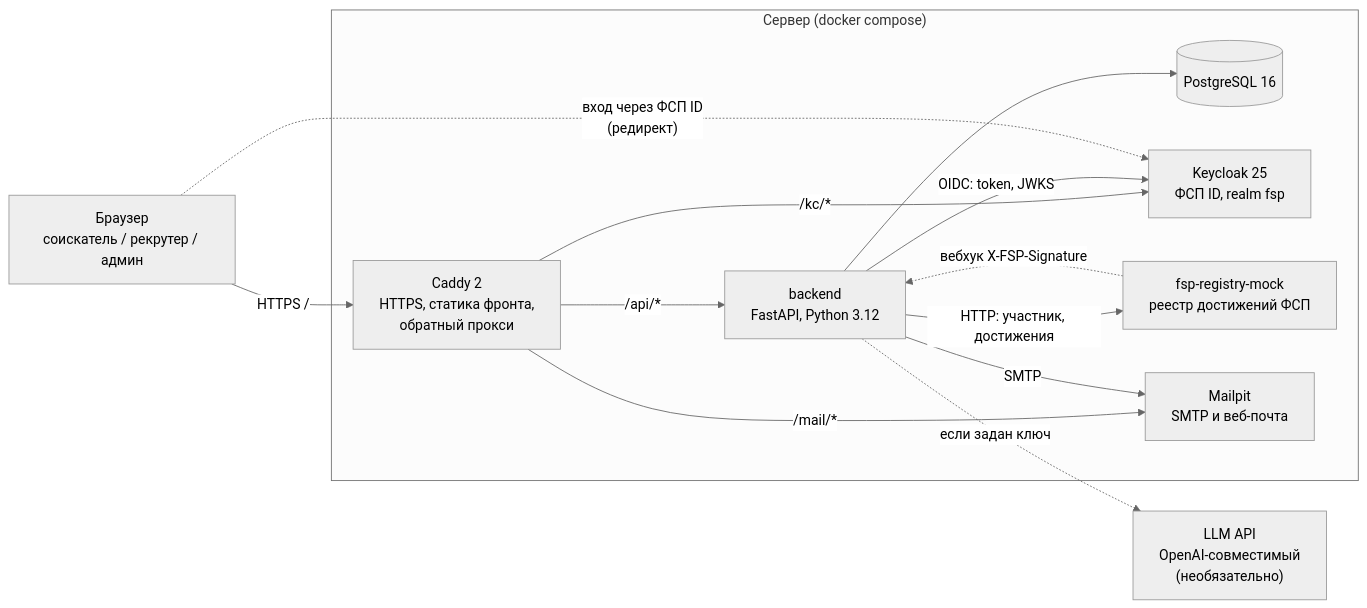
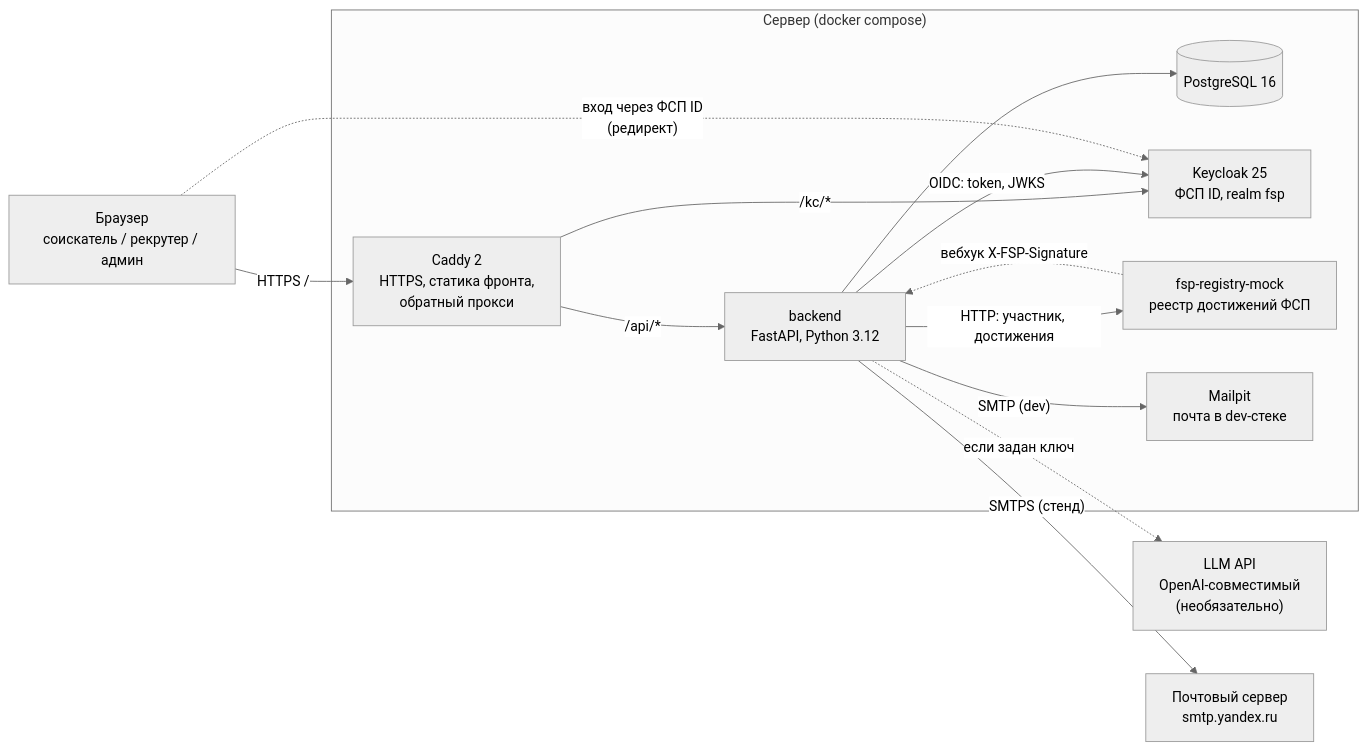
One commit to Vadik145-beep/fsp-talent changed the first of 3 diagrams in docs/solution/01_architecture.md. Above: the diagram before and after it, drawn with Mermaid (neutral theme). The commit also changed other lines of this file and 10 other files, not shown here.

Commit message:
Стенд: настоящая почта вместо Mailpit — SMTP-ящик из .env (SMTPS 465), письма в цветах ФСП с именем отправителя, Date и Message-ID; /mail убран

````diff
--- a/docs/solution/01_architecture.md
+++ b/docs/solution/01_architecture.md
@@ -33,25 +33,25 @@
 ```mermaid
 flowchart LR
     U["Браузер<br/>соискатель / рекрутер / админ"]
     subgraph Server["Сервер (docker compose)"]
         C["Caddy 2<br/>HTTPS, статика фронта,<br/>обратный прокси"]
         B["backend<br/>FastAPI, Python 3.12"]
         P[("PostgreSQL 16")]
         K["Keycloak 25<br/>ФСП ID, realm fsp"]
         R["fsp-registry-mock<br/>реестр достижений ФСП"]
-        M["Mailpit<br/>SMTP и веб-почта"]
+        M["Mailpit<br/>почта в dev-стеке"]
     end
     L["LLM API<br/>OpenAI-совместимый<br/>(необязательно)"]
 
     U -->|"HTTPS /"| C
     C -->|"/api/*"| B
     C -->|"/kc/*"| K
-    C -->|"/mail/*"| M
     B --> P
     B -->|"OIDC: token, JWKS"| K
     B -->|"HTTP: участник, достижения"| R
     R -.->|"вебхук X-FSP-Signature"| B
-    B -->|SMTP| M
+    B -->|"SMTP (dev)"| M
+    B -->|"SMTPS (стенд)"| E["Почтовый сервер<br/>smtp.yandex.ru"]
     B -.->|"если задан ключ"| L
     U -.->|"вход через ФСП ID<br/>(редирект)"| K
 ```
````
